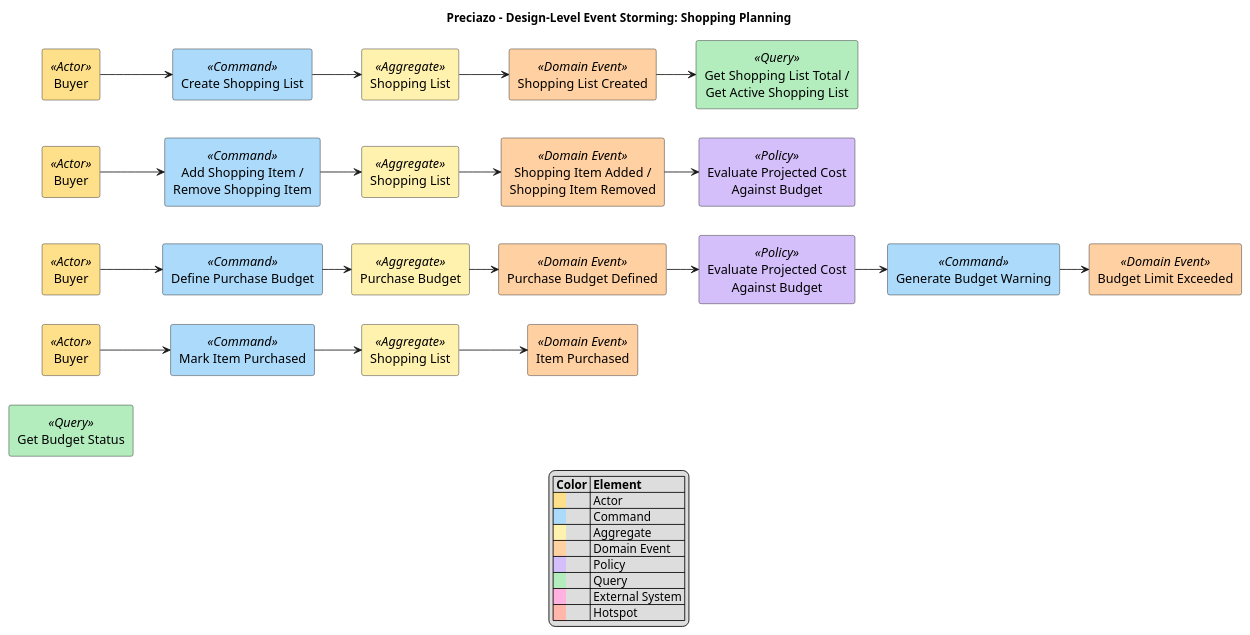
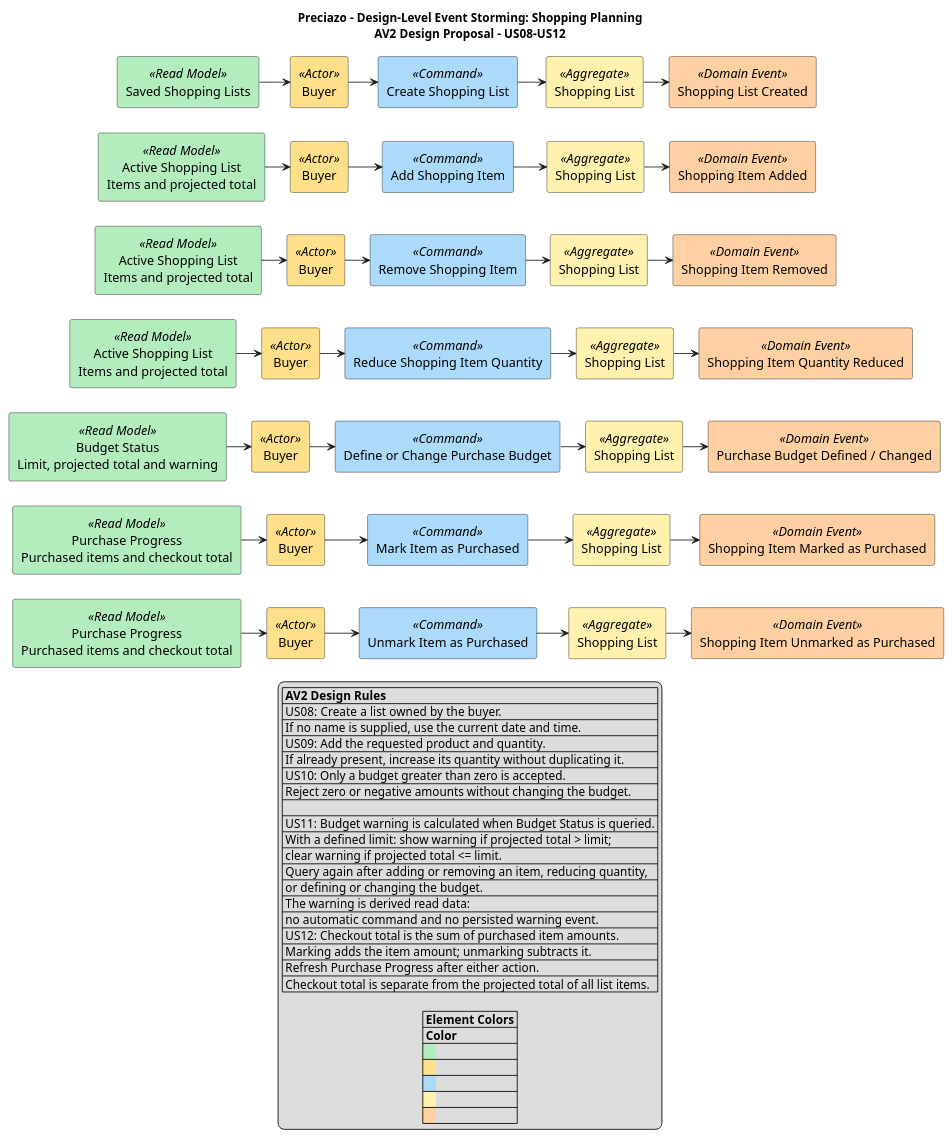
The diagram in docs/architecture/event-storming/shopping-planning.puml (Open-Source-1ASI0729-2620-7750/preciazo-report), drawn with PlantUML before and after one commit. The commit also changed 2 other files, not shown here.

Commit message:
docs(event-storming): refine Shopping Planning flows

```diff
--- a/docs/architecture/event-storming/shopping-planning.puml
+++ b/docs/architecture/event-storming/shopping-planning.puml
@@ -1,71 +1,146 @@
 @startuml Preciazo_Event_Storming_shopping_planning
-left to right direction
-title Preciazo - Design-Level Event Storming: Shopping Planning
+top to bottom direction
+
+title
+Preciazo - Design-Level Event Storming: Shopping Planning
+AV2 Design Proposal - US08-US12
+end title
 skinparam shadowing false
 skinparam defaultFontSize 15
 skinparam defaultTextAlignment center
-skinparam nodesep 35
-skinparam ranksep 35
+skinparam nodesep 30
+skinparam ranksep 30
 skinparam rectanglePadding 12
 
-rectangle "Buyer" as n0_0 <<Actor>> #FFE08A
-rectangle "Create Shopping List" as n0_1 <<Command>> #ACDAFA
-rectangle "Shopping List" as n0_2 <<Aggregate>> #FFF1AE
-rectangle "Shopping List Created" as n0_3 <<Domain Event>> #FFD0A1
-rectangle "Get Shopping List Total /\nGet Active Shopping List" as n0_4 <<Query>> #B3EDBE
-n0_0 --> n0_1
-n0_1 --> n0_2
-n0_2 --> n0_3
-n0_3 --> n0_4
+rectangle "Saved Shopping Lists" as read0 <<Read Model>> #B3EDBE
+rectangle "Buyer" as buyer0 <<Actor>> #FFE08A
+rectangle "Create Shopping List" as command0 <<Command>> #ACDAFA
+rectangle "Shopping List" as aggregate0 <<Aggregate>> #FFF1AE
+rectangle "Shopping List Created" as event0 <<Domain Event>> #FFD0A1
+read0 -right-> buyer0
+buyer0 -right-> command0
+command0 -right-> aggregate0
+aggregate0 -right-> event0
 
-rectangle "Buyer" as n1_0 <<Actor>> #FFE08A
-rectangle "Add Shopping Item /\nRemove Shopping Item" as n1_1 <<Command>> #ACDAFA
-rectangle "Shopping List" as n1_2 <<Aggregate>> #FFF1AE
-rectangle "Shopping Item Added /\nShopping Item Removed" as n1_3 <<Domain Event>> #FFD0A1
-rectangle "Evaluate Projected Cost\nAgainst Budget" as n1_4 <<Policy>> #D4BFFA
-n1_0 --> n1_1
-n1_1 --> n1_2
-n1_2 --> n1_3
-n1_3 --> n1_4
+rectangle "Active Shopping List\nItems and projected total" as read1 <<Read Model>> #B3EDBE
+rectangle "Buyer" as buyer1 <<Actor>> #FFE08A
+rectangle "Add Shopping Item" as command1 <<Command>> #ACDAFA
+rectangle "Shopping List" as aggregate1 <<Aggregate>> #FFF1AE
+rectangle "Shopping Item Added" as event1 <<Domain Event>> #FFD0A1
+read1 -right-> buyer1
+buyer1 -right-> command1
+command1 -right-> aggregate1
+aggregate1 -right-> event1
 
-rectangle "Buyer" as n2_0 <<Actor>> #FFE08A
-rectangle "Define Purchase Budget" as n2_1 <<Command>> #ACDAFA
-rectangle "Purchase Budget" as n2_2 <<Aggregate>> #FFF1AE
-rectangle "Purchase Budget Defined" as n2_3 <<Domain Event>> #FFD0A1
-rectangle "Evaluate Projected Cost\nAgainst Budget" as n2_4 <<Policy>> #D4BFFA
-rectangle "Generate Budget Warning" as n2_5 <<Command>> #ACDAFA
-rectangle "Budget Limit Exceeded" as n2_6 <<Domain Event>> #FFD0A1
-n2_0 --> n2_1
-n2_1 --> n2_2
-n2_2 --> n2_3
-n2_3 --> n2_4
-n2_4 --> n2_5
-n2_5 --> n2_6
+rectangle "Active Shopping List\nItems and projected total" as read2 <<Read Model>> #B3EDBE
+rectangle "Buyer" as buyer2 <<Actor>> #FFE08A
+rectangle "Remove Shopping Item" as command2 <<Command>> #ACDAFA
+rectangle "Shopping List" as aggregate2 <<Aggregate>> #FFF1AE
+rectangle "Shopping Item Removed" as event2 <<Domain Event>> #FFD0A1
+read2 -right-> buyer2
+buyer2 -right-> command2
+command2 -right-> aggregate2
+aggregate2 -right-> event2
 
-rectangle "Buyer" as n3_0 <<Actor>> #FFE08A
-rectangle "Mark Item Purchased" as n3_1 <<Command>> #ACDAFA
-rectangle "Shopping List" as n3_2 <<Aggregate>> #FFF1AE
-rectangle "Item Purchased" as n3_3 <<Domain Event>> #FFD0A1
-n3_0 --> n3_1
-n3_1 --> n3_2
-n3_2 --> n3_3
+rectangle "Active Shopping List\nItems and projected total" as read3 <<Read Model>> #B3EDBE
+rectangle "Buyer" as buyer3 <<Actor>> #FFE08A
+rectangle "Reduce Shopping Item Quantity" as command3 <<Command>> #ACDAFA
+rectangle "Shopping List" as aggregate3 <<Aggregate>> #FFF1AE
+rectangle "Shopping Item Quantity Reduced" as event3 <<Domain Event>> #FFD0A1
+read3 -right-> buyer3
+buyer3 -right-> command3
+command3 -right-> aggregate3
+aggregate3 -right-> event3
 
-rectangle "Get Budget Status" as n4_0 <<Query>> #B3EDBE
+rectangle "Budget Status\nLimit, projected total and warning" as read4 <<Read Model>> #B3EDBE
+rectangle "Buyer" as buyer4 <<Actor>> #FFE08A
+rectangle "Define or Change Purchase Budget" as command4 <<Command>> #ACDAFA
+rectangle "Shopping List" as aggregate4 <<Aggregate>> #FFF1AE
+rectangle "Purchase Budget Defined / Changed" as event4 <<Domain Event>> #FFD0A1
+read4 -right-> buyer4
+buyer4 -right-> command4
+command4 -right-> aggregate4
+aggregate4 -right-> event4
 
-n0_0 -[hidden,norank]down-> n1_0
-n1_0 -[hidden,norank]down-> n2_0
-n2_0 -[hidden,norank]down-> n3_0
-n3_0 -[hidden,norank]down-> n4_0
+rectangle "Purchase Progress\nPurchased items and checkout total" as read5 <<Read Model>> #B3EDBE
+rectangle "Buyer" as buyer5 <<Actor>> #FFE08A
+rectangle "Mark Item as Purchased" as command5 <<Command>> #ACDAFA
+rectangle "Shopping List" as aggregate5 <<Aggregate>> #FFF1AE
+rectangle "Shopping Item Marked as Purchased" as event5 <<Domain Event>> #FFD0A1
+read5 -right-> buyer5
+buyer5 -right-> command5
+command5 -right-> aggregate5
+aggregate5 -right-> event5
+
+rectangle "Purchase Progress\nPurchased items and checkout total" as read6 <<Read Model>> #B3EDBE
+rectangle "Buyer" as buyer6 <<Actor>> #FFE08A
+rectangle "Unmark Item as Purchased" as command6 <<Command>> #ACDAFA
+rectangle "Shopping List" as aggregate6 <<Aggregate>> #FFF1AE
+rectangle "Shopping Item Unmarked as Purchased" as event6 <<Domain Event>> #FFD0A1
+read6 -right-> buyer6
+buyer6 -right-> command6
+command6 -right-> aggregate6
+aggregate6 -right-> event6
+
+' Keep corresponding columns aligned and rows ordered from top to bottom.
+read0 -[hidden]down-> read1
+buyer0 -[hidden]down-> buyer1
+command0 -[hidden]down-> command1
+aggregate0 -[hidden]down-> aggregate1
+event0 -[hidden]down-> event1
+read1 -[hidden]down-> read2
+buyer1 -[hidden]down-> buyer2
+command1 -[hidden]down-> command2
+aggregate1 -[hidden]down-> aggregate2
+event1 -[hidden]down-> event2
+read2 -[hidden]down-> read3
+buyer2 -[hidden]down-> buyer3
+command2 -[hidden]down-> command3
+aggregate2 -[hidden]down-> aggregate3
+event2 -[hidden]down-> event3
+read3 -[hidden]down-> read4
+buyer3 -[hidden]down-> buyer4
+command3 -[hidden]down-> command4
+aggregate3 -[hidden]down-> aggregate4
+event3 -[hidden]down-> event4
+read4 -[hidden]down-> read5
+buyer4 -[hidden]down-> buyer5
+command4 -[hidden]down-> command5
+aggregate4 -[hidden]down-> aggregate5
+event4 -[hidden]down-> event5
+read5 -[hidden]down-> read6
+buyer5 -[hidden]down-> buyer6
+command5 -[hidden]down-> command6
+aggregate5 -[hidden]down-> aggregate6
+event5 -[hidden]down-> event6
 
 legend bottom
+|= AV2 Design Rules |
+| US08: Create a list owned by the buyer. |
+| If no name is supplied, use the current date and time. |
+| US09: Add the requested product and quantity. |
+| If already present, increase its quantity without duplicating it. |
+| US10: Only a budget greater than zero is accepted. |
+| Reject zero or negative amounts without changing the budget. |
+|  |
+| US11: Budget warning is calculated when Budget Status is queried. |
+| With a defined limit: show warning if projected total > limit; |
+| clear warning if projected total <= limit. |
+| Query again after adding or removing an item, reducing quantity, |
+| or defining or changing the budget. |
+| The warning is derived read data: |
+| no automatic command and no persisted warning event. |
+| US12: Checkout total is the sum of purchased item amounts. |
+| Marking adds the item amount; unmarking subtracts it. |
+| Refresh Purchase Progress after either action. |
+| Checkout total is separate from the projected total of all list items. |
+
+|= Element Colors |
 |= Color |= Element |
-|<back:#FFE08A>    </back>| Actor |
+|<back:#B3EDBE>    </back>| Read Model |
+|<back:#FFE08A>    </back>| Buyer / Actor |
 |<back:#ACDAFA>    </back>| Command |
-|<back:#FFF1AE>    </back>| Aggregate |
+|<back:#FFF1AE>    </back>| Shopping List Aggregate |
 |<back:#FFD0A1>    </back>| Domain Event |
-|<back:#D4BFFA>    </back>| Policy |
-|<back:#B3EDBE>    </back>| Query |
-|<back:#FFB2DF>    </back>| External System |
-|<back:#FFB7AB>    </back>| Hotspot |
 endlegend
 @enduml
```
